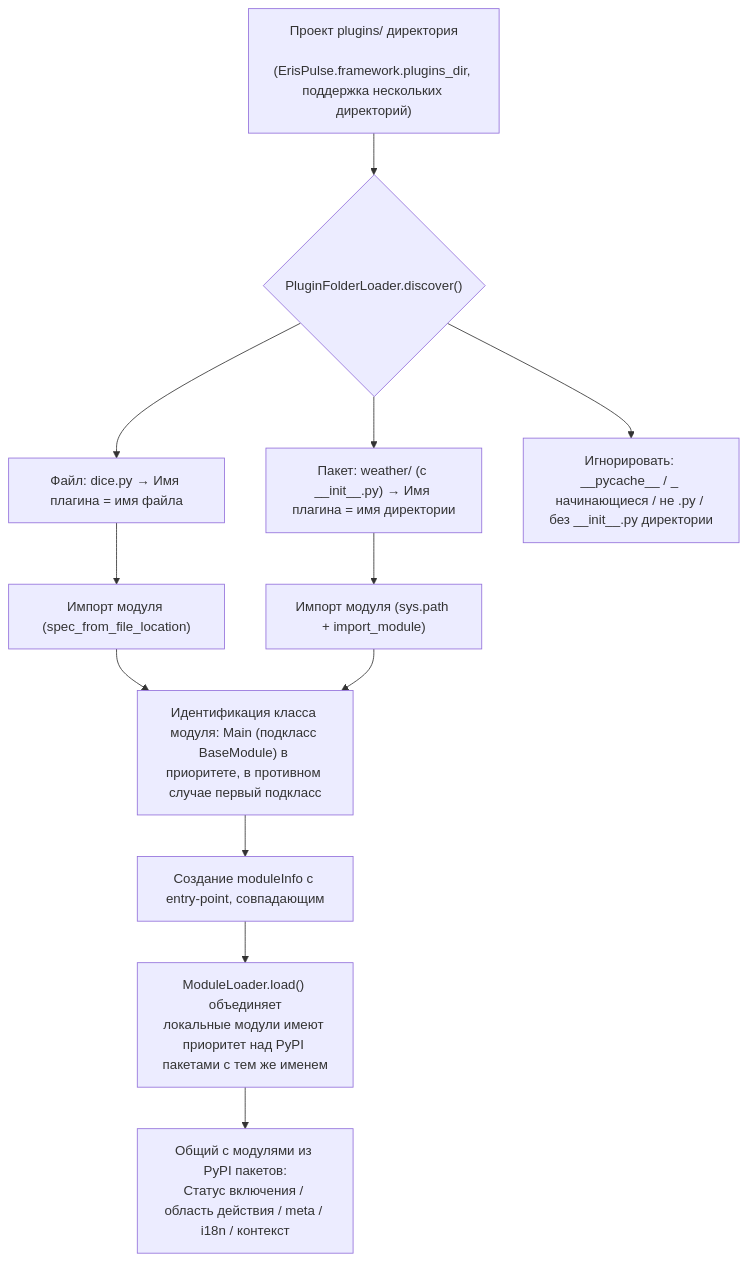
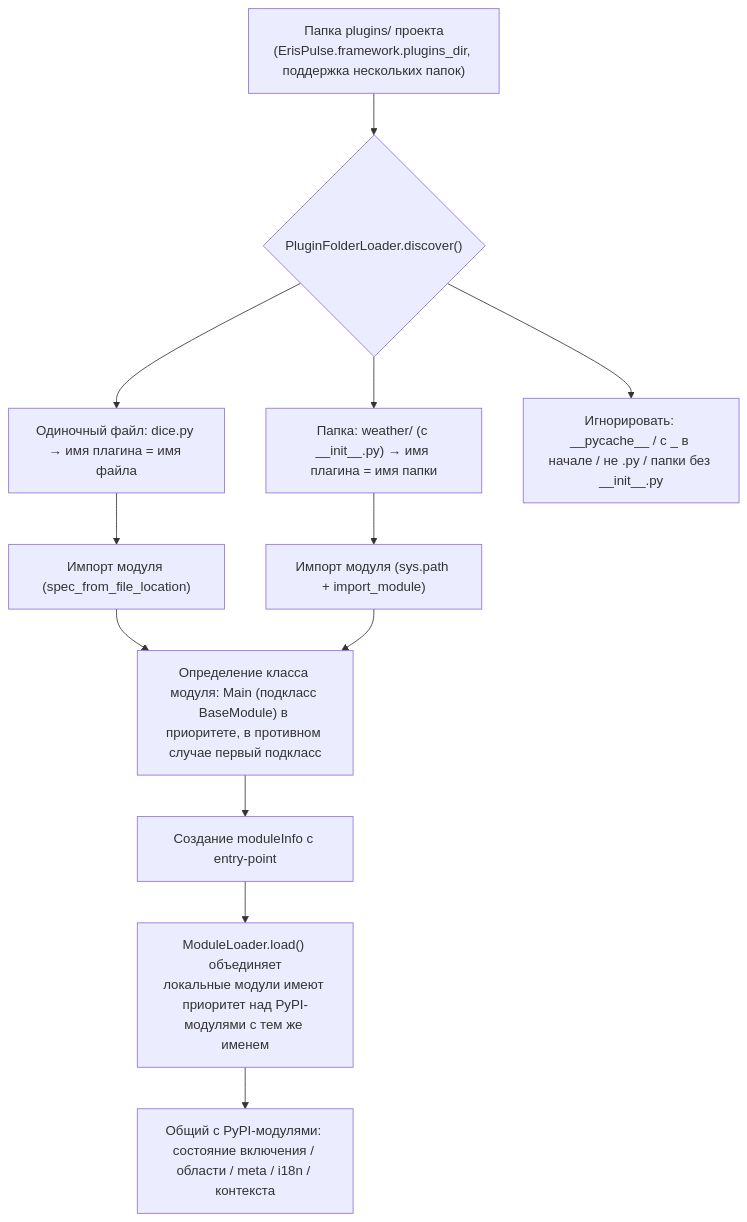
The eighth of 9 diagrams in docs/ru/architecture.md (ErisPulse/ErisPulse), drawn with Mermaid before and after one commit. The commit also changed other lines of this file and 299 other files, not shown here.

````diff
--- a/docs/ru/architecture.md
+++ b/docs/ru/architecture.md
@@ -260,14 +257,14 @@
 ```mermaid
 flowchart TD
-    A["Проект plugins/ директория<br/> (ErisPulse.framework.plugins_dir, поддержка нескольких директорий)"] --> B{"PluginFolderLoader.discover()"}
-    B --> C["Файл: dice.py → Имя плагина = имя файла"]
-    B --> D["Пакет: weather/ (с __init__.py) → Имя плагина = имя директории"]
-    B --> E["Игнорировать: __pycache__ / _ начинающиеся / не .py / без __init__.py директории"]
+    A["Папка plugins/ проекта<br/>(ErisPulse.framework.plugins_dir, поддержка нескольких папок)"] --> B{"PluginFolderLoader.discover()"}
+    B --> C["Одиночный файл: dice.py → имя плагина = имя файла"]
+    B --> D["Папка: weather/ (с __init__.py) → имя плагина = имя папки"]
+    B --> E["Игнорировать: __pycache__ / с _ в начале / не .py / папки без __init__.py"]
     C --> F["Импорт модуля (spec_from_file_location)"]
     D --> G["Импорт модуля (sys.path + import_module)"]
-    F --> H["Идентификация класса модуля: Main (подкласс BaseModule) в приоритете, в противном случае первый подкласс"]
+    F --> H["Определение класса модуля: Main (подкласс BaseModule) в приоритете, в противном случае первый подкласс"]
     G --> H
-    H --> I["Создание moduleInfo с entry-point, совпадающим"]
-    I --> J["ModuleLoader.load() объединяет<br/>локальные модули имеют приоритет над PyPI пакетами с тем же именем"]
-    J --> K["Общий с модулями из PyPI пакетов:<br/>Статус включения / область действия / meta / i18n / контекст"]
+    H --> I["Создание moduleInfo с entry-point"]
+    I --> J["ModuleLoader.load() объединяет<br/>локальные модули имеют приоритет над PyPI-модулями с тем же именем"]
+    J --> K["Общий с PyPI-модулями: <br/>состояние включения / области / meta / i18n / контекста"]
 ```
````
